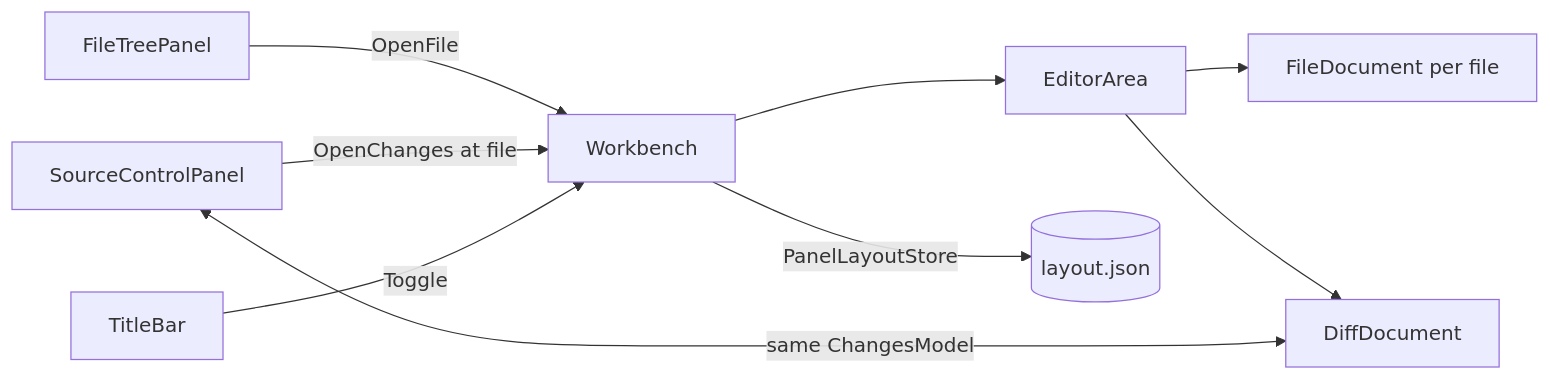
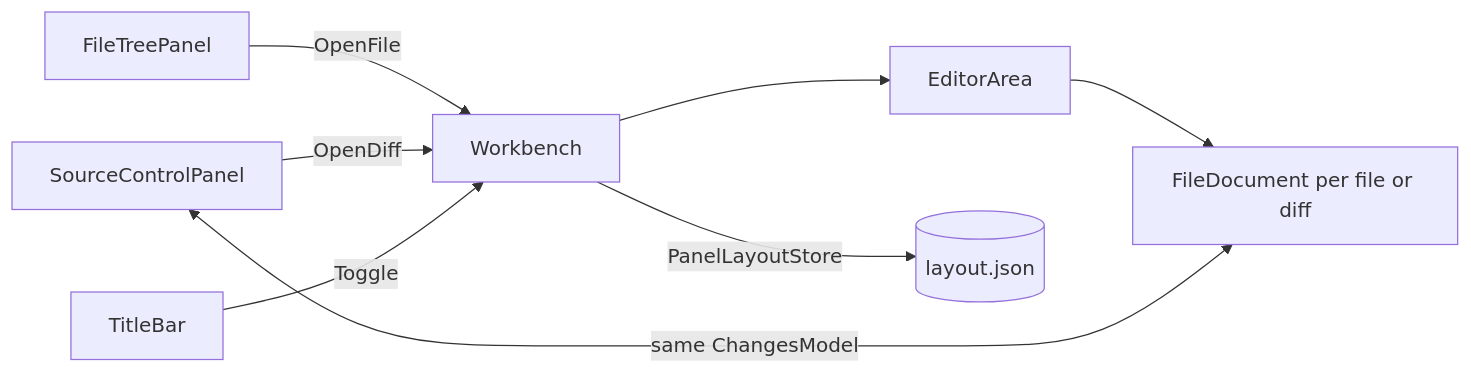
The second of 4 diagrams in docs/workbench.md (BradenTerry/Tog), drawn with Mermaid before and after one commit. The commit also changed other lines of this file and 33 other files, not shown here.

````diff
--- a/docs/workbench.md
+++ b/docs/workbench.md
@@ -85,11 +85,10 @@
 ```mermaid
 flowchart LR
     FT[FileTreePanel] -->|OpenFile| WB[Workbench]
-    SC[SourceControlPanel] -->|OpenChanges at file| WB
+    SC[SourceControlPanel] -->|OpenDiff| WB
     WB --> EA[EditorArea]
-    EA --> FD[FileDocument per file]
-    EA --> DD[DiffDocument]
-    SC <-->|same ChangesModel| DD
+    EA --> FD[FileDocument per file or diff]
+    SC <-->|same ChangesModel| FD
     TB[TitleBar] -->|Toggle| WB
     WB -->|PanelLayoutStore| LF[(layout.json)]
 ```
````
